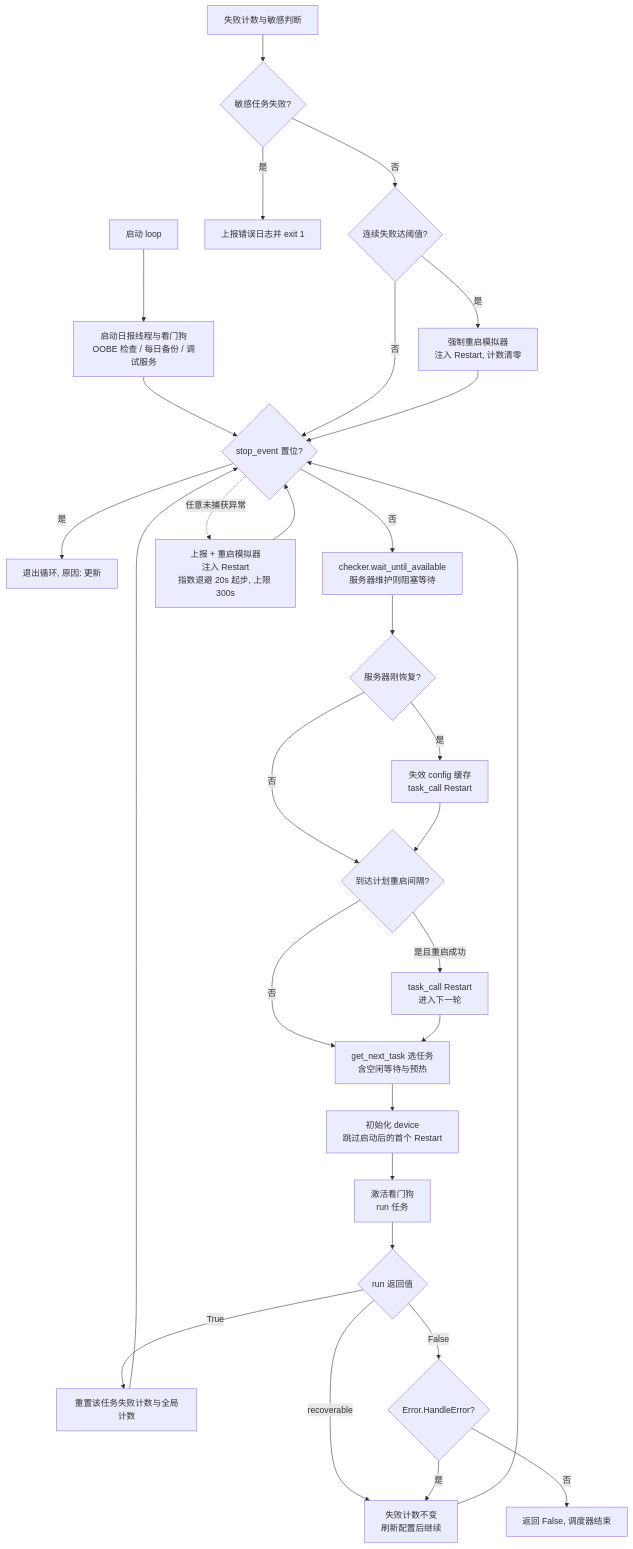
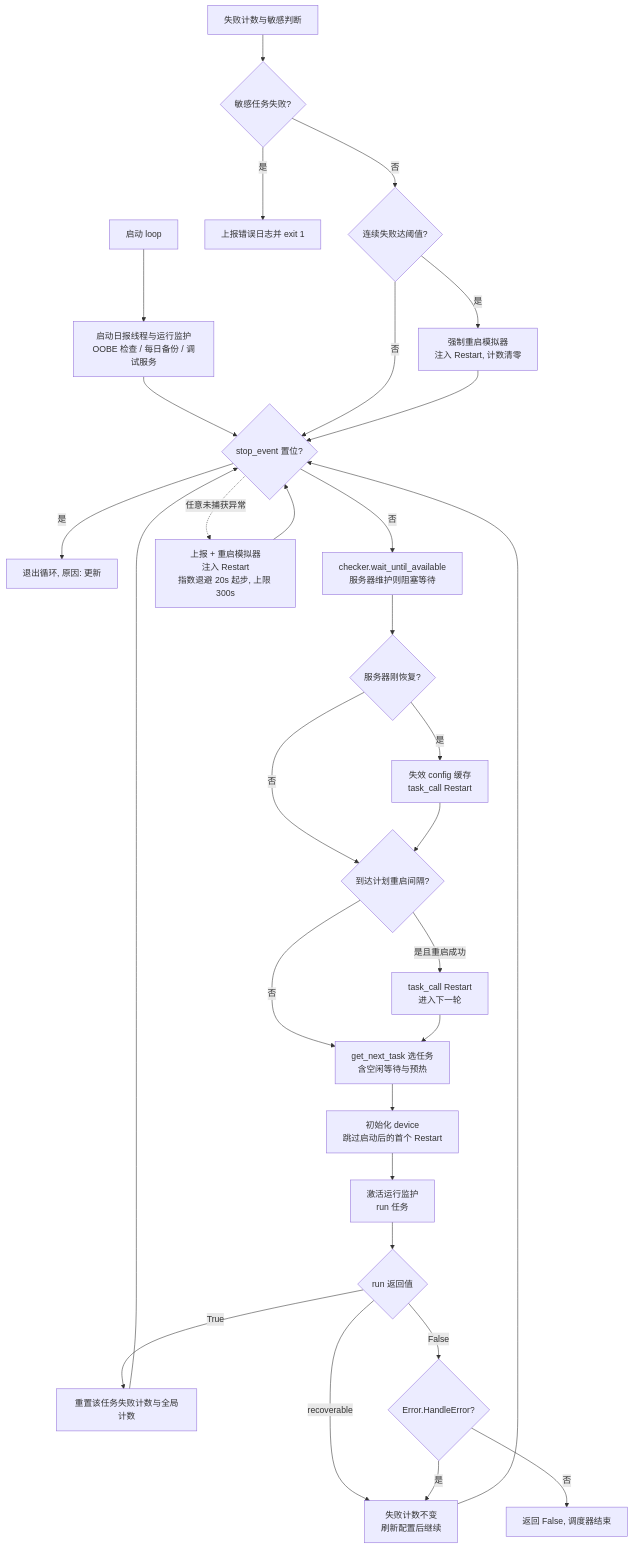
Before and after one commit to Beatrice-betty/AzurPilot: the first of 2 diagrams in docs/modules/entry/alas.md, drawn with Mermaid. The commit also changed other lines of this file and 10 other files, not shown here.

````diff
--- a/docs/modules/entry/alas.md
+++ b/docs/modules/entry/alas.md
@@ -123,32 +123,32 @@
 ```mermaid
 flowchart TD
-    A[启动 loop] --> B[启动日报线程与看门狗<br>OOBE 检查 / 每日备份 / 调试服务]
+    A[启动 loop] --> B[启动日报线程与运行监护<br>OOBE 检查 / 每日备份 / 调试服务]
     B --> C{stop_event 置位?}
     C -- 是 --> Z[退出循环, 原因: 更新]
     C -- 否 --> D[checker.wait_until_available<br>服务器维护则阻塞等待]
     D --> E{服务器刚恢复?}
     E -- 是 --> E1[失效 config 缓存<br>task_call Restart]
     E -- 否 --> F
     E1 --> F{到达计划重启间隔?}
     F -- 是且重启成功 --> F1[task_call Restart<br>进入下一轮]
     F -- 否 --> G
     F1 --> G[get_next_task 选任务<br>含空闲等待与预热]
     G --> H[初始化 device<br>跳过启动后的首个 Restart]
-    H --> I[激活看门狗<br>run 任务]
+    H --> I[激活运行监护<br>run 任务]
     I --> J{run 返回值}
     J -- True --> K[重置该任务失败计数与全局计数]
     J -- recoverable --> L[失败计数不变<br>刷新配置后继续]
     J -- False --> M{Error.HandleError?}
     M -- 是 --> L
     M -- 否 --> Z2[返回 False, 调度器结束]
     K --> C
     L --> C
     N[失败计数与敏感判断] --> O{敏感任务失败?}
     O -- 是 --> Z3[上报错误日志并 exit 1]
     O -- 否 --> P{连续失败达阈值?}
     P -- 是 --> P1[强制重启模拟器<br>注入 Restart, 计数清零]
     P -- 否 --> C
     P1 --> C
     C -. 任意未捕获异常 .-> Q[上报 + 重启模拟器<br>注入 Restart<br>指数退避 20s 起步, 上限 300s]
     Q --> C
 ```
````
